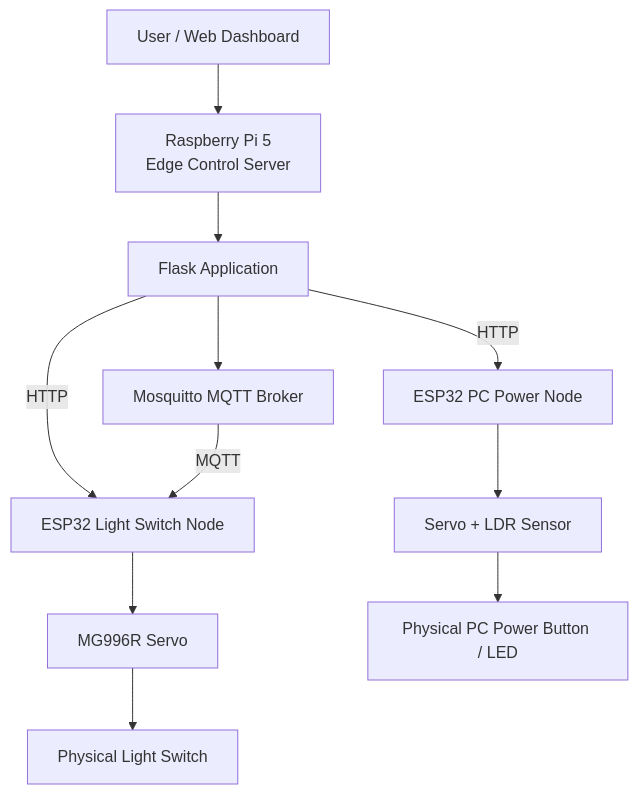
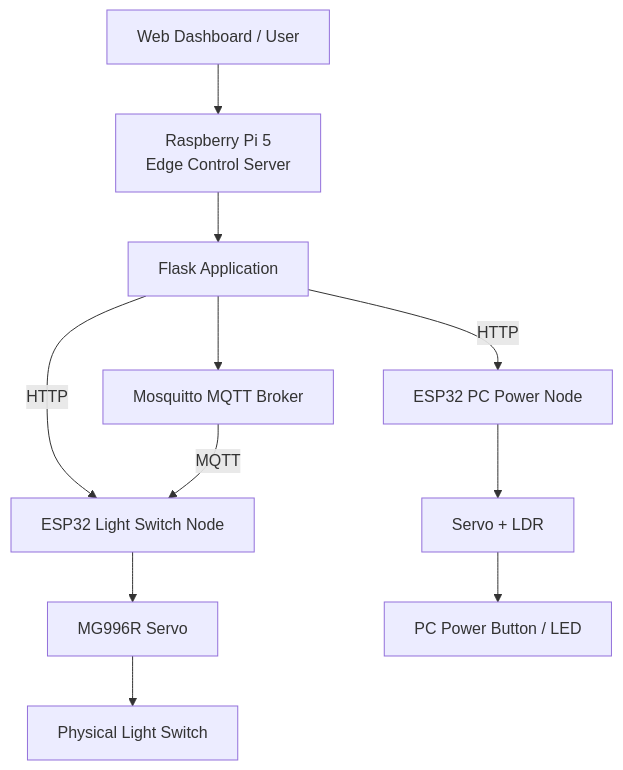
One commit to ohjaeyoung0519/edge-iot-vision-control-system changed the diagram in README_EN.md. Above: the diagram before and after it, drawn with Mermaid. The commit also changed other lines of this file, not shown here.

````diff
--- a/README_EN.md
+++ b/README_EN.md
@@ -52,32 +47,32 @@
 ```mermaid
 flowchart TD
-    U[User / Web Dashboard]
+    USER[Web Dashboard / User]
 
     PI[Raspberry Pi 5<br/>Edge Control Server]
-    F[Flask Application]
-    M[Mosquitto MQTT Broker]
+    FLASK[Flask Application]
+    MQTT[Mosquitto MQTT Broker]
 
-    ESP1[ESP32 Light Switch Node]
-    ESP2[ESP32 PC Power Node]
+    LIGHT[ESP32 Light Switch Node]
+    PC[ESP32 PC Power Node]
 
-    S1[MG996R Servo]
-    S2[Servo + LDR Sensor]
+    SERVO1[MG996R Servo]
+    SERVO2[Servo + LDR]
 
-    L[Physical Light Switch]
-    P[Physical PC Power Button / LED]
+    SWITCH[Physical Light Switch]
+    PCDEVICE[PC Power Button / LED]
 
-    U --> PI
-    PI --> F
+    USER --> PI
+    PI --> FLASK
 
-    F -->|HTTP| ESP1
-    F -->|HTTP| ESP2
+    FLASK -->|HTTP| LIGHT
+    FLASK -->|HTTP| PC
 
-    F --> M
-    M -->|MQTT| ESP1
+    FLASK --> MQTT
+    MQTT -->|MQTT| LIGHT
 
-    ESP1 --> S1
-    S1 --> L
+    LIGHT --> SERVO1
+    SERVO1 --> SWITCH
 
-    ESP2 --> S2
-    S2 --> P
+    PC --> SERVO2
+    SERVO2 --> PCDEVICE
 ```
````
